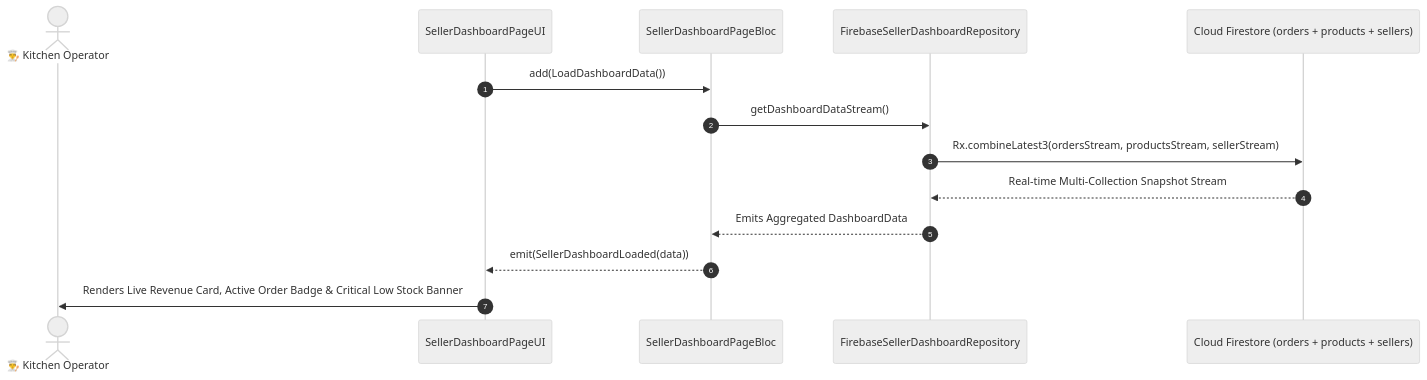
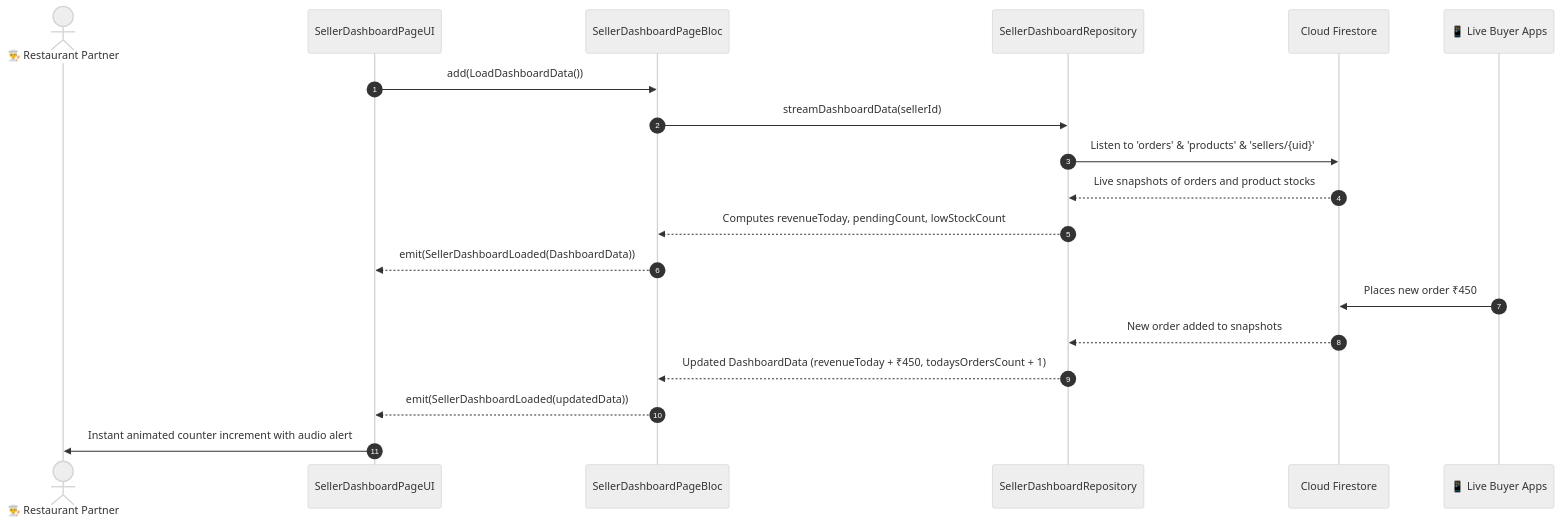
One commit to SRIKUMAR10/food_delivery_app changed the diagram in .md_files/04_Seller_Human_Journey_And_Testing/03_Navigation_And_Dashboard/10_SELLER_DASHBOARD_PAGE.md. Above: the diagram before and after it, drawn with Mermaid (neutral theme). The commit also changed other lines of this file and 204 other files, not shown here.

````diff
--- a/.md_files/04_Seller_Human_Journey_And_Testing/03_Navigation_And_Dashboard/10_SELLER_DASHBOARD_PAGE.md
+++ b/.md_files/04_Seller_Human_Journey_And_Testing/03_Navigation_And_Dashboard/10_SELLER_DASHBOARD_PAGE.md
@@ -17,17 +17,22 @@
 ```mermaid
 sequenceDiagram
     autonumber
-    actor Seller as 👨‍🍳 Kitchen Operator
+    actor Seller as 👨‍🍳 Restaurant Partner
     participant UI as SellerDashboardPageUI
     participant Bloc as SellerDashboardPageBloc
-    participant Repo as FirebaseSellerDashboardRepository
-    participant FS as Cloud Firestore (orders + products + sellers)
+    participant Repo as SellerDashboardRepository
+    participant FS as Cloud Firestore
+    participant BuyerApp as 📱 Live Buyer Apps
 
     UI->>Bloc: add(LoadDashboardData())
-    Bloc->>Repo: getDashboardDataStream()
-    Repo->>FS: Rx.combineLatest3(ordersStream, productsStream, sellerStream)
-    FS-->>Repo: Real-time Multi-Collection Snapshot Stream
-    Repo-->>Bloc: Emits Aggregated DashboardData
-    Bloc-->>UI: emit(SellerDashboardLoaded(data))
-    UI->>Seller: Renders Live Revenue Card, Active Order Badge & Critical Low Stock Banner
+    Bloc->>Repo: streamDashboardData(sellerId)
+    Repo->>FS: Listen to 'orders' & 'products' & 'sellers/{uid}'
+    FS-->>Repo: Live snapshots of orders and product stocks
+    Repo-->>Bloc: Computes revenueToday, pendingCount, lowStockCount
+    Bloc-->>UI: emit(SellerDashboardLoaded(DashboardData))
+    BuyerApp->>FS: Places new order ₹450
+    FS-->>Repo: New order added to snapshots
+    Repo-->>Bloc: Updated DashboardData (revenueToday + ₹450, todaysOrdersCount + 1)
+    Bloc-->>UI: emit(SellerDashboardLoaded(updatedData))
+    UI->>Seller: Instant animated counter increment with audio alert
 ```
````
